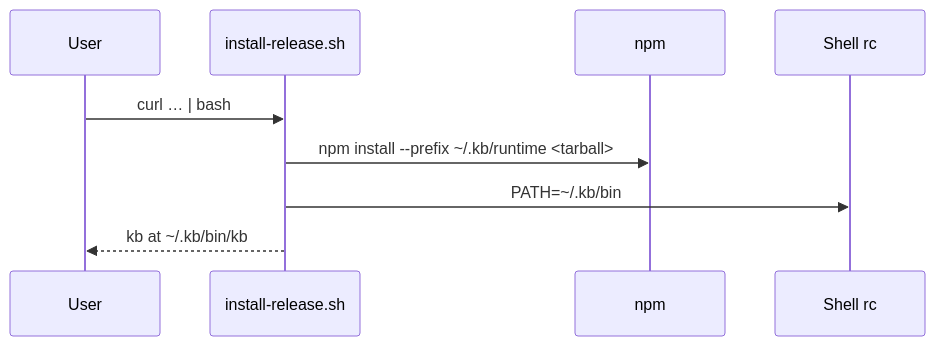
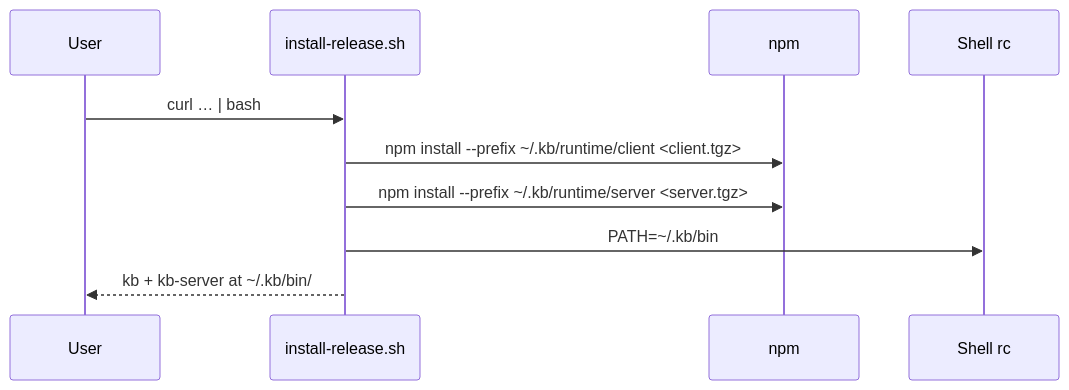
Before and after one commit to rosenjcb/kb: the diagram in scripts/INSTALL.md, drawn with Mermaid. The commit also changed other lines of this file and 105 other files, not shown here.

First line of the commit message:
Release pipeline, server-managed client, and strict versioning (#123)

````diff
--- a/scripts/INSTALL.md
+++ b/scripts/INSTALL.md
@@ -16,12 +16,13 @@
 ```mermaid
 sequenceDiagram
   participant User
   participant install-release.sh
   participant npm
   participant Shell rc
 
   User->>install-release.sh: curl … | bash
-  install-release.sh->>npm: npm install --prefix ~/.kb/runtime <tarball>
+  install-release.sh->>npm: npm install --prefix ~/.kb/runtime/client <client.tgz>
+  install-release.sh->>npm: npm install --prefix ~/.kb/runtime/server <server.tgz>
   install-release.sh->>Shell rc: PATH=~/.kb/bin
-  install-release.sh-->>User: kb at ~/.kb/bin/kb
+  install-release.sh-->>User: kb + kb-server at ~/.kb/bin/
 ```
````
